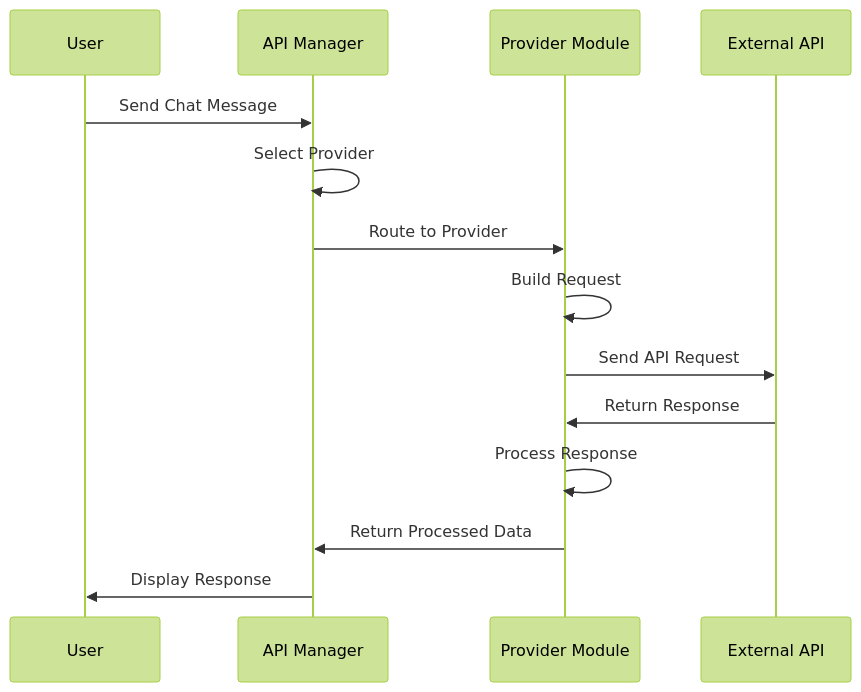
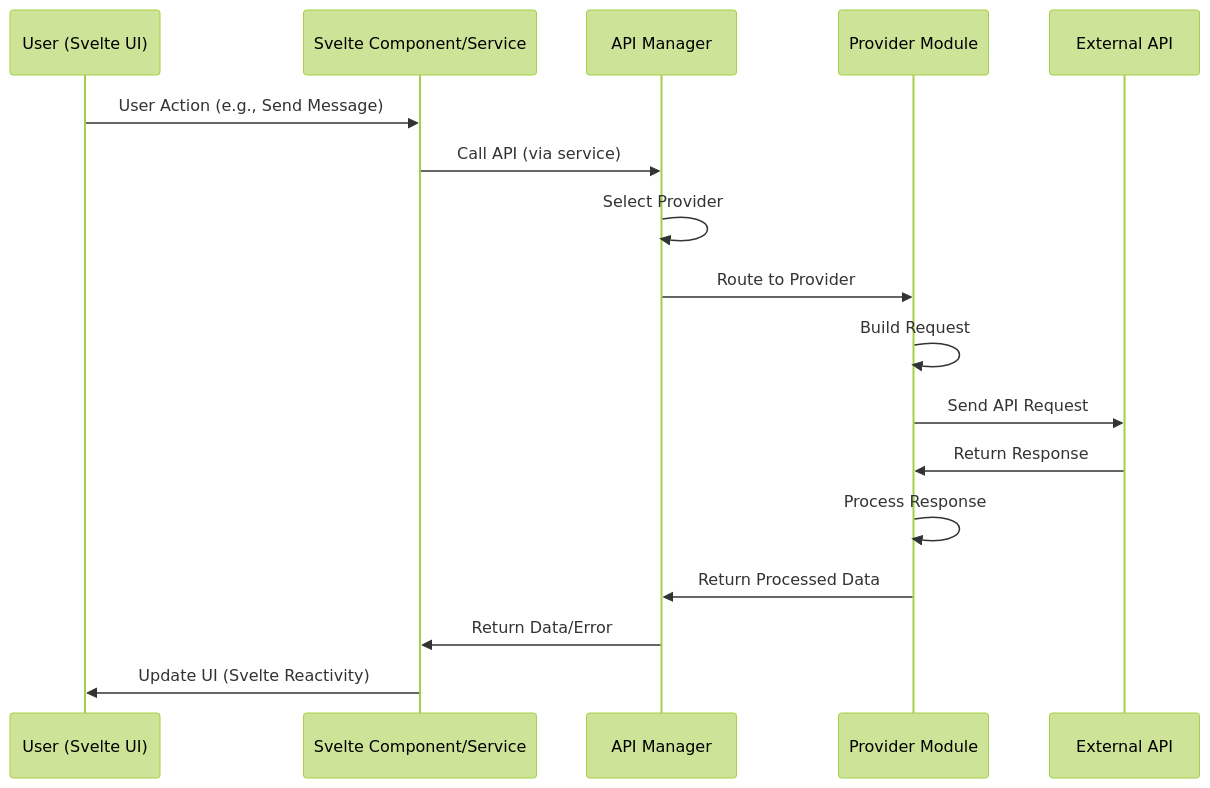
Before and after one commit to concertypin/ArisuTalk: the third of 4 diagrams in docs/ARCHITECTURE.md, drawn with Mermaid (forest theme). The commit also changed other lines of this file and 6 other files, not shown here.

````diff
--- a/docs/ARCHITECTURE.md
+++ b/docs/ARCHITECTURE.md
@@ -330,17 +209,20 @@
 ```mermaid
 sequenceDiagram
-    participant U as User
+    participant U as User (Svelte UI)
+    participant C as Svelte Component/Service
     participant M as API Manager
     participant P as Provider Module
     participant E as External API
     
-    U->>M: Send Chat Message
+    U->>C: User Action (e.g., Send Message)
+    C->>M: Call API (via service)
     M->>M: Select Provider
     M->>P: Route to Provider
     P->>P: Build Request
     P->>E: Send API Request
     E->>P: Return Response
     P->>P: Process Response
     P->>M: Return Processed Data
-    M->>U: Display Response
+    M->>C: Return Data/Error
+    C->>U: Update UI (Svelte Reactivity)
 ```
````
